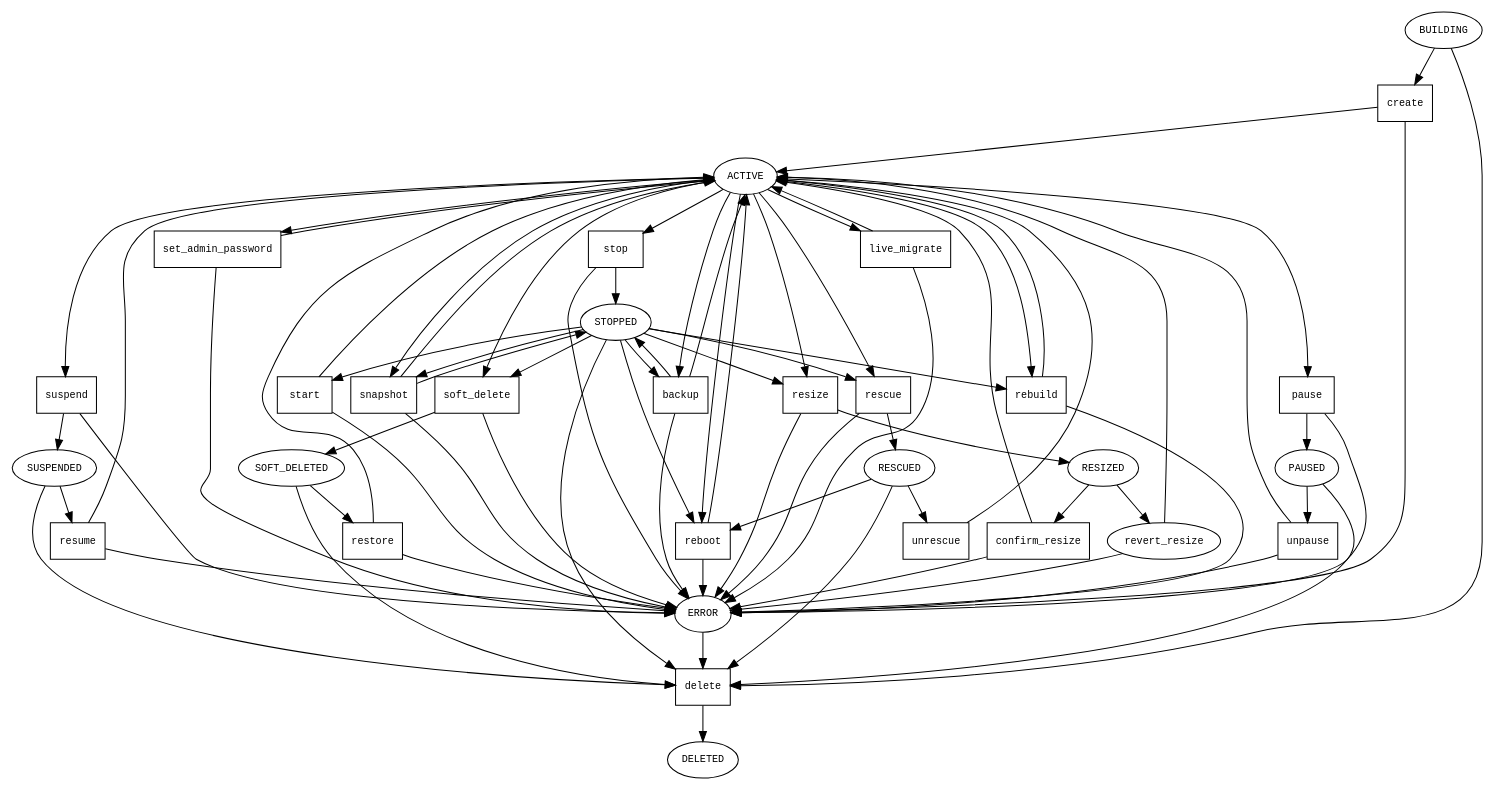
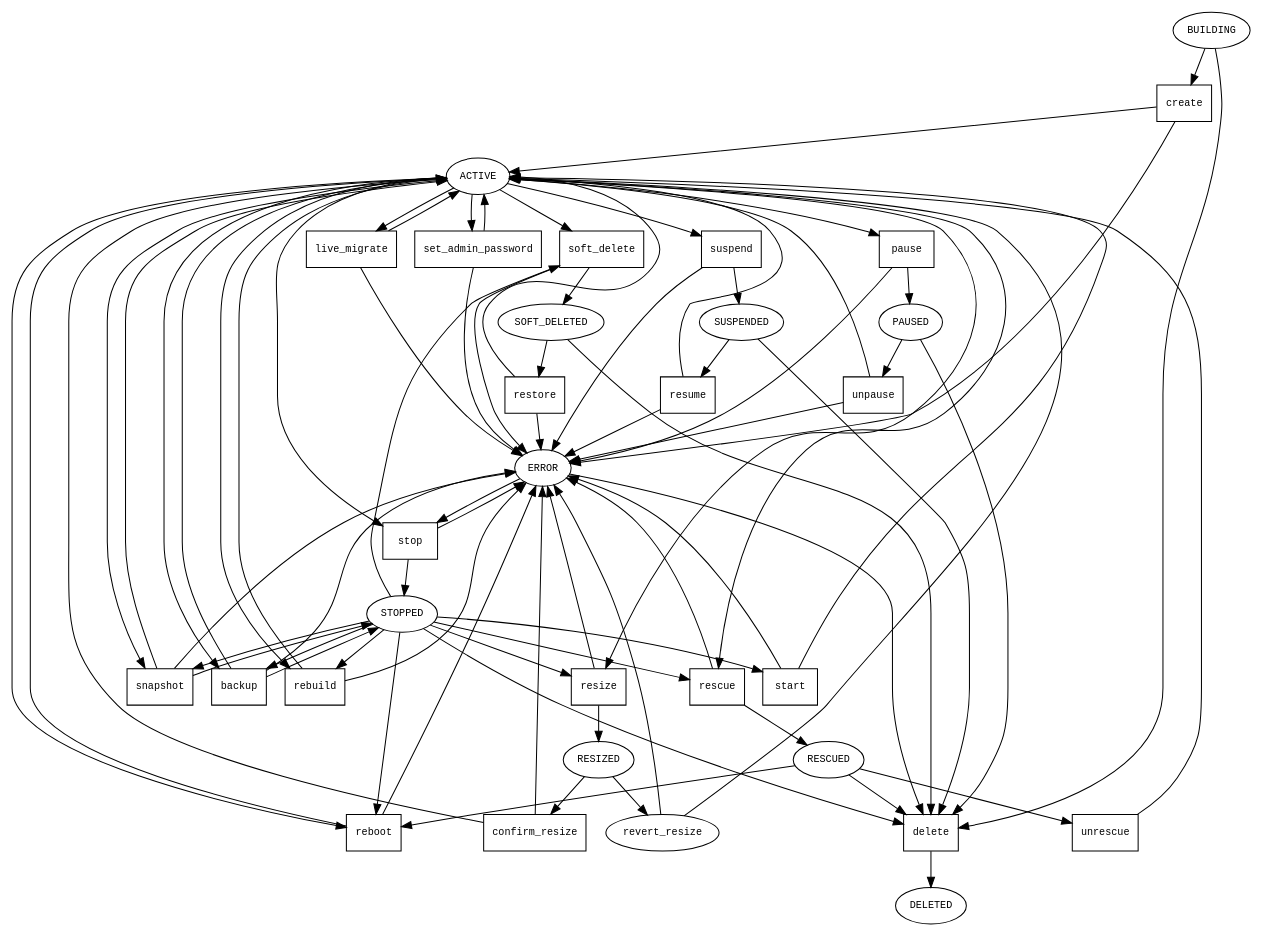
Before and after one commit to openstack/nova: the diagram in doc/source/devref/vmstates.rst, drawn with Graphviz.

Commit message:
Allow stop API to be called in Error
We already allow the stop API to be called when the VM is in Error
state. This is to update the diagram in devref doc.

```diff
--- a/doc/source/devref/vmstates.rst
+++ b/doc/source/devref/vmstates.rst
@@ -81,6 +81,7 @@
     stop -> stopped
     stop -> error
     active -> stop
+    error -> stop
 
     rescue [shape="rectangle"]
     rescue -> rescued
```
